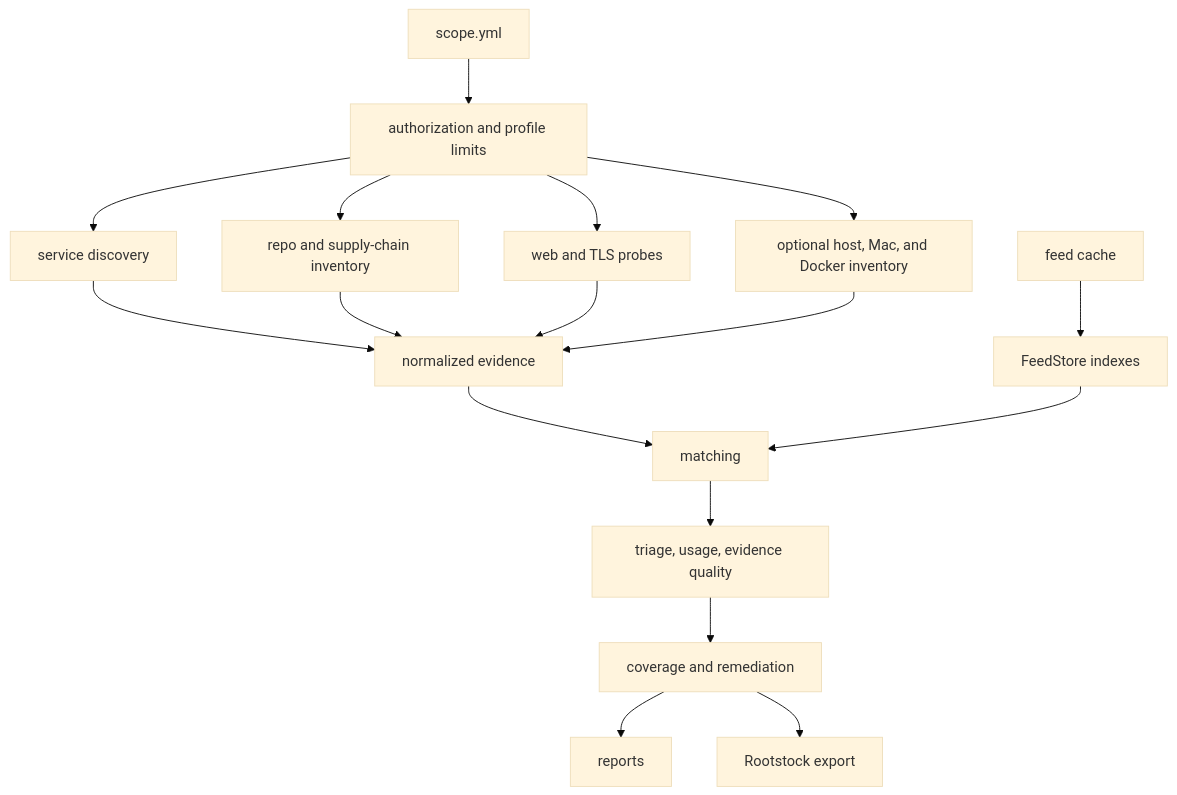
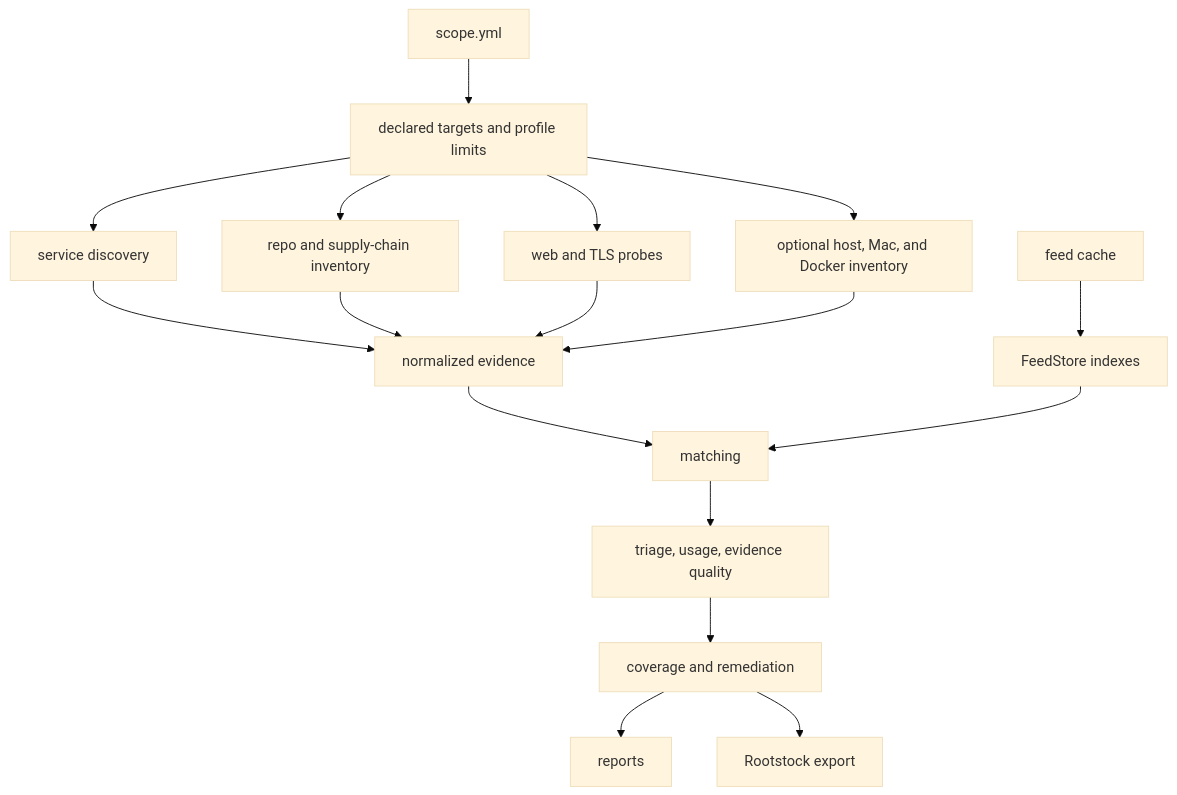
The first of 2 diagrams in modules/cve-scan/docs/architecture.md (sebastianspicker/rootstock-macos), drawn with Mermaid (base theme) before and after one commit. The commit also changed other lines of this file and 1025 other files, not shown here.

````diff
--- a/modules/cve-scan/docs/architecture.md
+++ b/modules/cve-scan/docs/architecture.md
@@ -7,19 +6,19 @@
 ```mermaid
 flowchart TD
-    A[scope.yml] --> B[authorization and profile limits]
+    A[scope.yml] --> B[declared targets and profile limits]
     B --> C[service discovery]
     B --> D[repo and supply-chain inventory]
     B --> E[web and TLS probes]
     B --> F[optional host, Mac, and Docker inventory]
     C --> G[normalized evidence]
     D --> G
     E --> G
     F --> G
     H[feed cache] --> I[FeedStore indexes]
     G --> J[matching]
     I --> J
     J --> K[triage, usage, evidence quality]
     K --> L[coverage and remediation]
     L --> M[reports]
     L --> N[Rootstock export]
 ```
````
